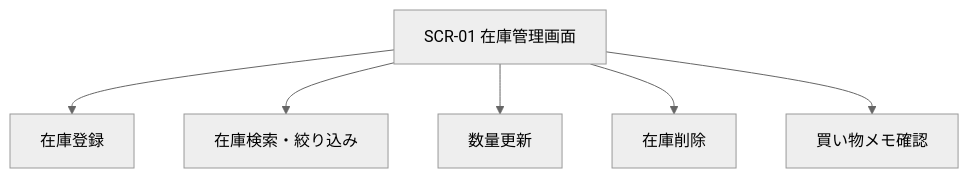
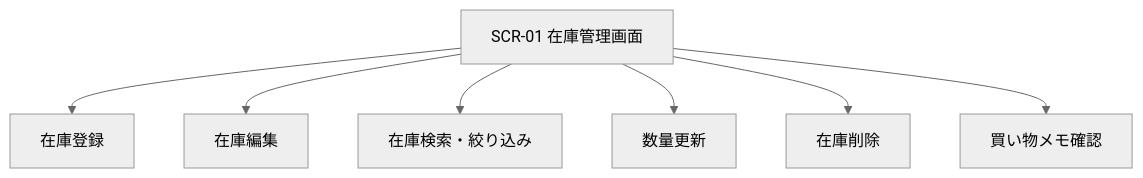
The diagram in docs/external-design.md (n-satoshi061/Codex), drawn with Mermaid (neutral theme) before and after one commit. The commit also changed other lines of this file and 3 other files, not shown here.

````diff
--- a/docs/external-design.md
+++ b/docs/external-design.md
@@ -245,8 +255,9 @@
 ```mermaid
 flowchart TD
     A["SCR-01 在庫管理画面"] --> B["在庫登録"]
-    A --> C["在庫検索・絞り込み"]
-    A --> D["数量更新"]
-    A --> E["在庫削除"]
-    A --> F["買い物メモ確認"]
+    A --> C["在庫編集"]
+    A --> D["在庫検索・絞り込み"]
+    A --> E["数量更新"]
+    A --> F["在庫削除"]
+    A --> G["買い物メモ確認"]
 ```
````
